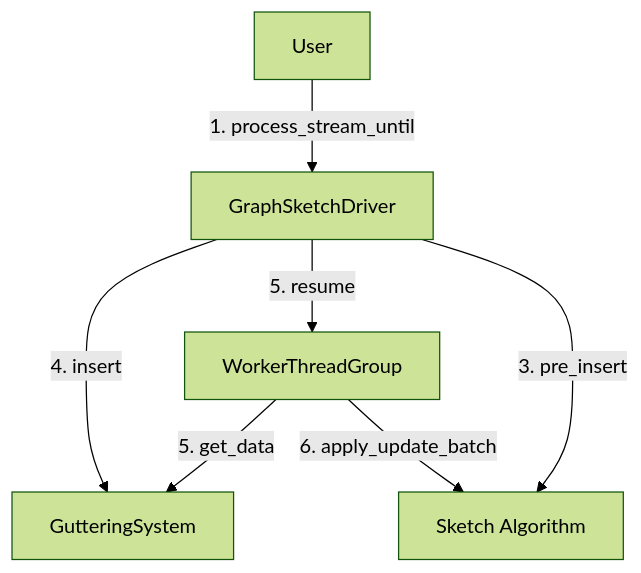
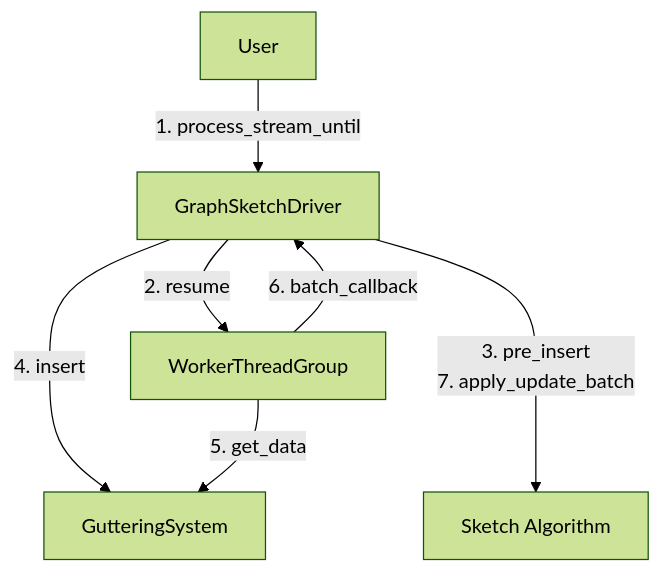
One commit to GraphStreamingProject/GraphZeppelin changed the second of 3 diagrams in docs/control_flow.md. Above: the diagram before and after it, drawn with Mermaid (forest theme). The commit also changed other lines of this file, not shown here.

````diff
--- a/docs/control_flow.md
+++ b/docs/control_flow.md
@@ -16,9 +17,9 @@
 ```mermaid
 flowchart TD
     A[User] -->|1. process_stream_until| B[GraphSketchDriver]
-    B -->|5. resume| E[WorkerThreadGroup]
+    B -->|2. resume| E[WorkerThreadGroup]
     B -->|4. insert| D[GutteringSystem]
     E -->|5. get_data| D
-    E -->|6. apply_update_batch| C
-    B -->|3. pre_insert| C[Sketch Algorithm]
+    E -->|6. batch_callback| B
+    B --->|3. pre_insert\n7. apply_update_batch| C[Sketch Algorithm]
 ```
````
